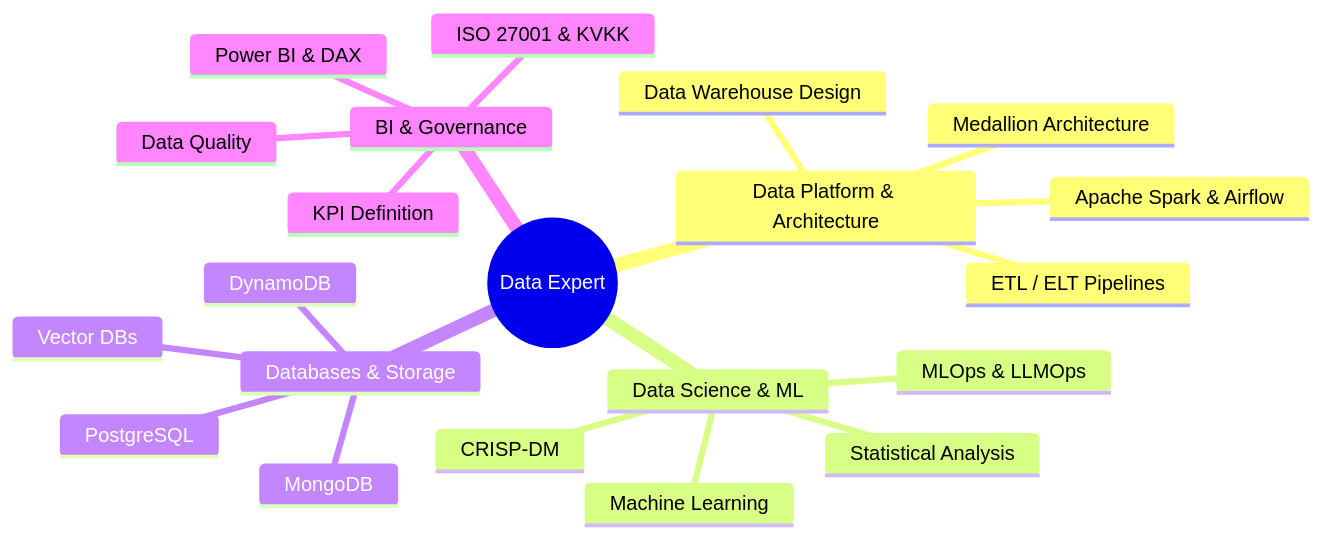
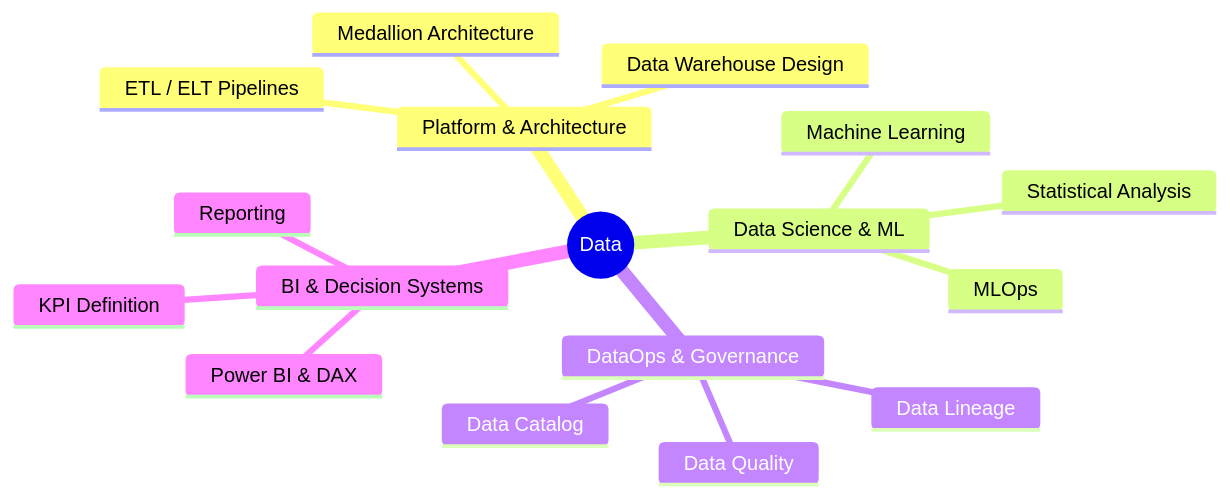
Before and after one commit to gkhnelbstn/gkhnelbstn: the diagram in README.md, drawn with Mermaid. The commit also changed other lines of this file, not shown here.

````diff
--- a/README.md
+++ b/README.md
@@ -22,24 +22,20 @@
 ```mermaid
 mindmap
-  root((Data Expert))
-    Data Platform & Architecture
+  root((Data))
+    Platform & Architecture
       Medallion Architecture
       ETL / ELT Pipelines
       Data Warehouse Design
-      Apache Spark & Airflow
     Data Science & ML
-      CRISP-DM
       Statistical Analysis
       Machine Learning
-      MLOps & LLMOps
-    Databases & Storage
-      PostgreSQL
-      MongoDB
-      DynamoDB
-      Vector DBs
-    BI & Governance
+      MLOps
+    DataOps & Governance
+      Data Quality
+      Data Catalog
+      Data Lineage
+    BI & Decision Systems
       Power BI & DAX
       KPI Definition
-      Data Quality
-      ISO 27001 & KVKK
+      Reporting
 ```
````
